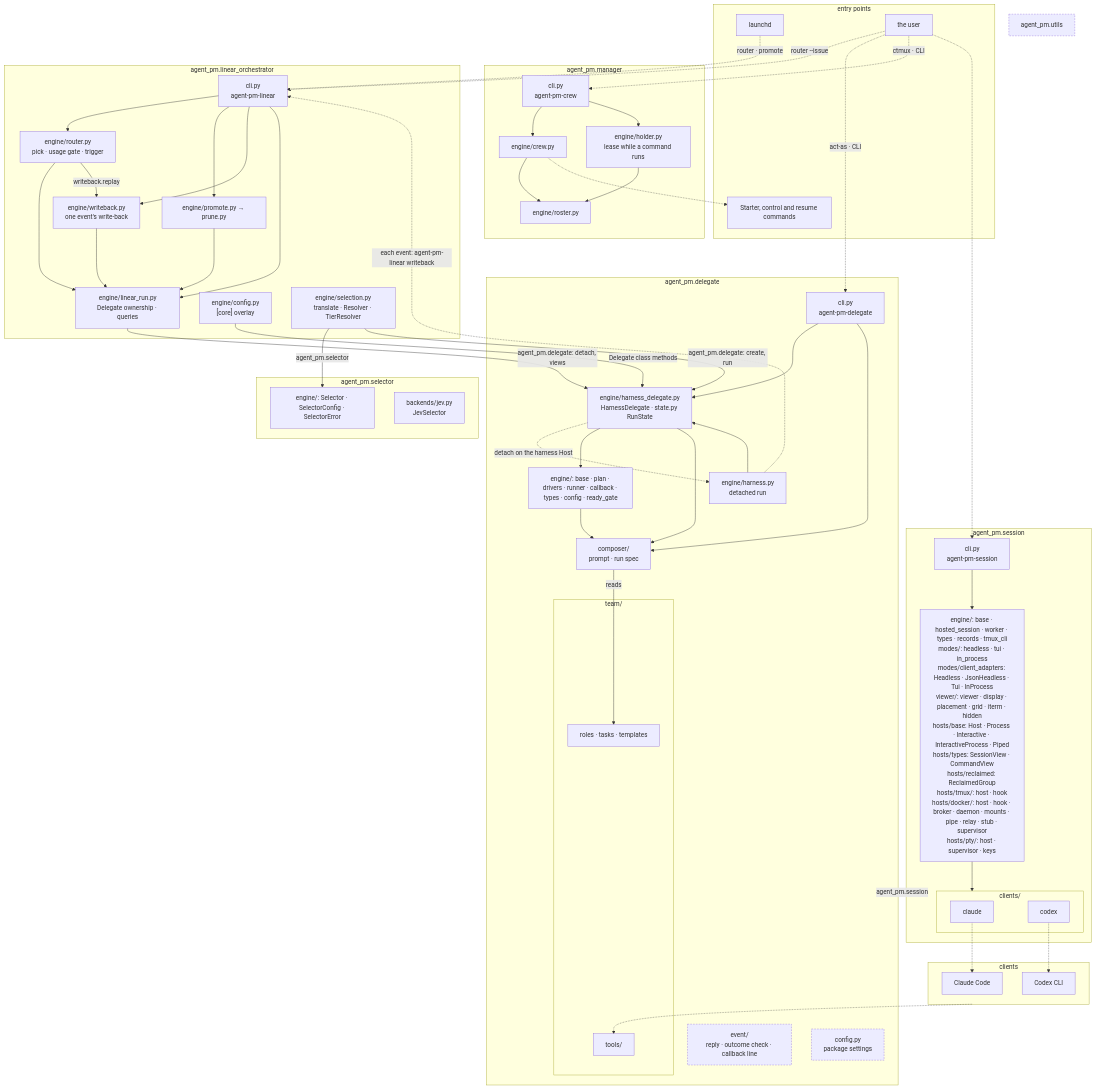
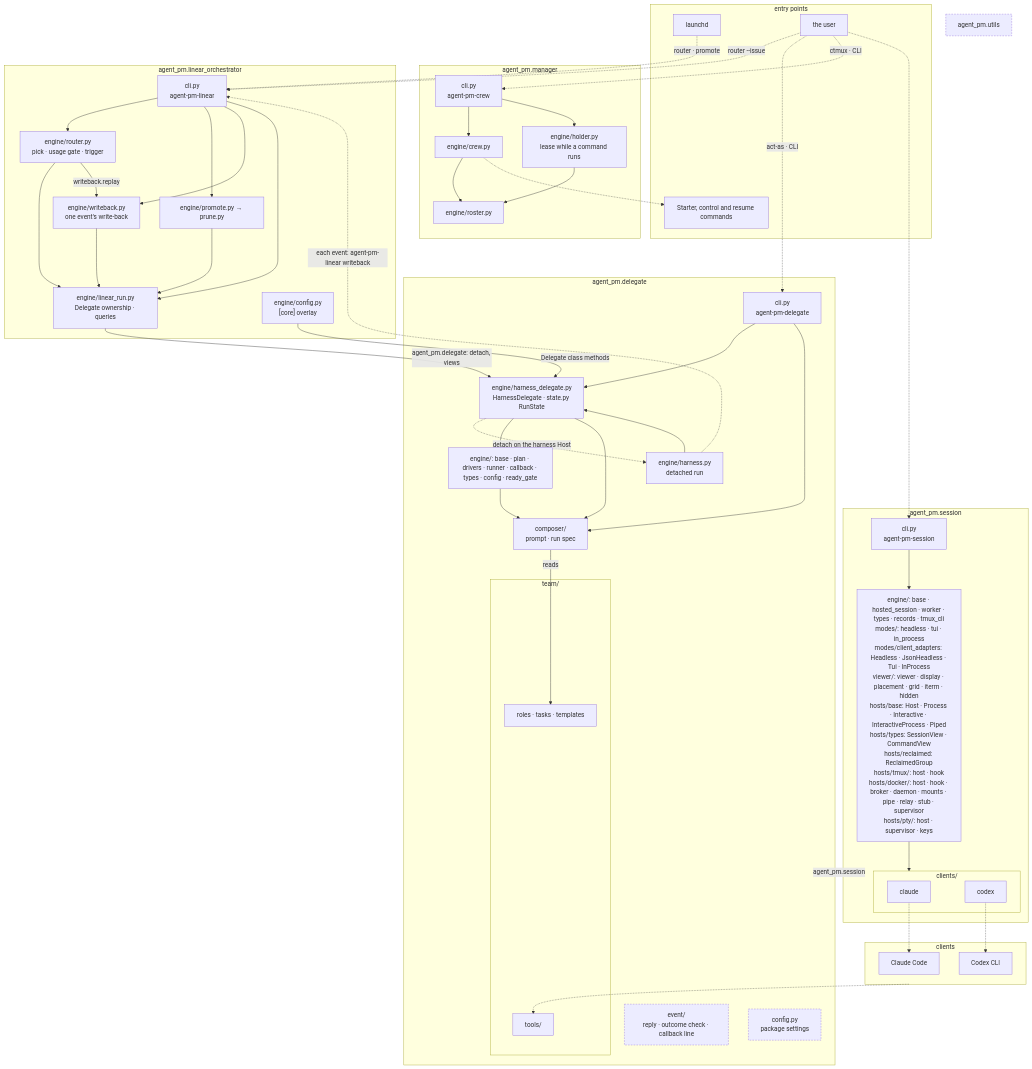
The diagram in docs/architecture.md (ophis/agent-pm), drawn with Mermaid before and after one commit. The commit also changed other lines of this file and 82 other files, not shown here.

First line of the commit message:
TASK-768: 删掉 model selection Jev 选模型和 effort 的 Resolver 链 (#509)

````diff
--- a/docs/architecture.md
+++ b/docs/architecture.md
@@ -5,79 +5,72 @@
 ```mermaid
 flowchart TB
   subgraph EN[entry points]
     LD[launchd]
     HU[the user]
     CC[Starter, control and resume commands]
   end
   subgraph MG[agent_pm.manager]
     MC["cli.py<br>agent-pm-crew"] --> W["engine/crew.py"] --> RS["engine/roster.py"]
     MC --> HO["engine/holder.py<br>lease while a command runs"] --> RS
   end
   subgraph LO[agent_pm.linear_orchestrator]
     LCLI["cli.py<br>agent-pm-linear"]
     R["engine/router.py<br>pick · usage gate · trigger"]
     LR["engine/linear_run.py<br>Delegate ownership · queries"]
     WB["engine/writeback.py<br>one event's write-back"]
     PP["engine/promote.py → prune.py"]
     LC["engine/config.py<br>[core] overlay"]
-    SL["engine/selection.py<br>translate · Resolver · TierResolver"]
-  end
-  subgraph SR[agent_pm.selector]
-    SS["engine/: Selector · SelectorConfig · SelectorError"]
-    SJ["backends/jev.py<br>JevSelector"]
   end
   subgraph DL[agent_pm.delegate]
     D["cli.py<br>agent-pm-delegate"]
     HD["engine/harness_delegate.py<br>HarnessDelegate · state.py RunState"]
     H["engine/harness.py<br>detached run"]
     E["engine/: base · plan · drivers · runner · callback · types · config · ready_gate"]
     C["composer/<br>prompt · run spec"]
     EV["event/<br>reply · outcome check · callback line"]
     CF["config.py<br>package settings"]
     subgraph TM[team/]
       T["roles · tasks · templates"]
       AT[tools/]
     end
   end
   subgraph SE[agent_pm.session]
     SC["cli.py<br>agent-pm-session"]
     DR["engine/: base · hosted_session · worker · types · records · tmux_cli<br>modes/: headless · tui · in_process<br>modes/client_adapters: Headless · JsonHeadless · Tui · InProcess<br>viewer/: viewer · display · placement · grid · iterm · hidden<br>hosts/base: Host · Process · Interactive · InteractiveProcess · Piped<br>hosts/types: SessionView · CommandView<br>hosts/reclaimed: ReclaimedGroup<br>hosts/tmux/: host · hook<br>hosts/docker/: host · hook · broker · daemon · mounts · pipe · relay · stub · supervisor<br>hosts/pty/: host · supervisor · keys"]
     subgraph AD[clients/]
       CL[claude]
       CX[codex]
     end
   end
   U[agent_pm.utils]
   subgraph RT[clients]
     P1[Claude Code]
     P2[Codex CLI]
   end
   LD -.->|"router · promote"| LCLI
   HU -.->|"router --issue"| LCLI
   HU -.->|"act-as · CLI"| D
   HU -.->|"ctmux · CLI"| MC
   HU -.-> SC
   SC --> DR
   LCLI --> R & PP & WB & LR
   R & PP & WB --> LR
   R -->|"writeback.replay"| WB
   LR -->|"agent_pm.delegate: detach, views"| HD
   H -.->|"each event: agent-pm-linear writeback"| LCLI
   LC -->|"Delegate class methods"| HD
-  SL -->|"agent_pm.selector"| SS
-  SL -->|"agent_pm.delegate: create, run"| HD
   W -.-> CC
   D & H --> HD
   D --> C
   HD -.->|"detach on the harness Host"| H
   HD --> E & C
   E --> C
   DL -->|agent_pm.session| SE
   C -->|reads| T
   DR --> AD
   CL -.-> P1
   CX -.-> P2
   RT -.-> AT
   classDef shared stroke-dasharray: 4 3
   class EV,U,CF shared
 ```
````
